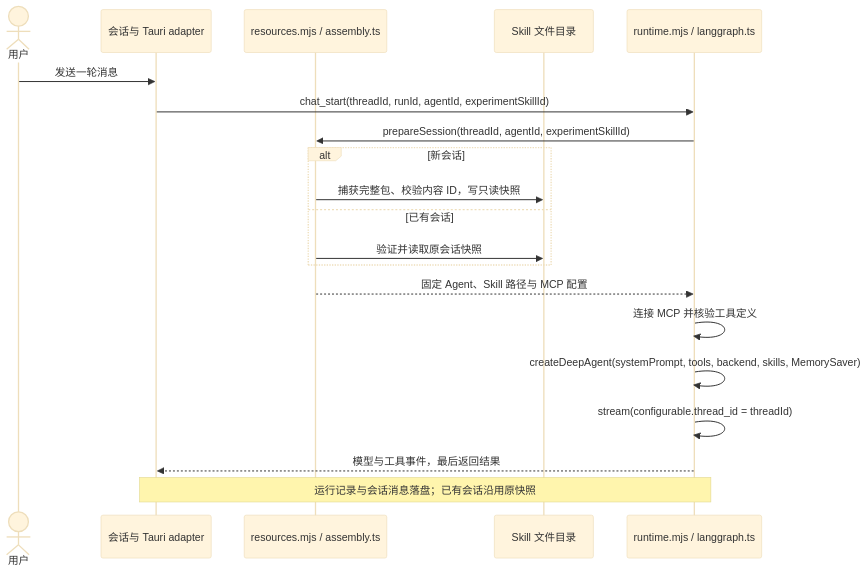
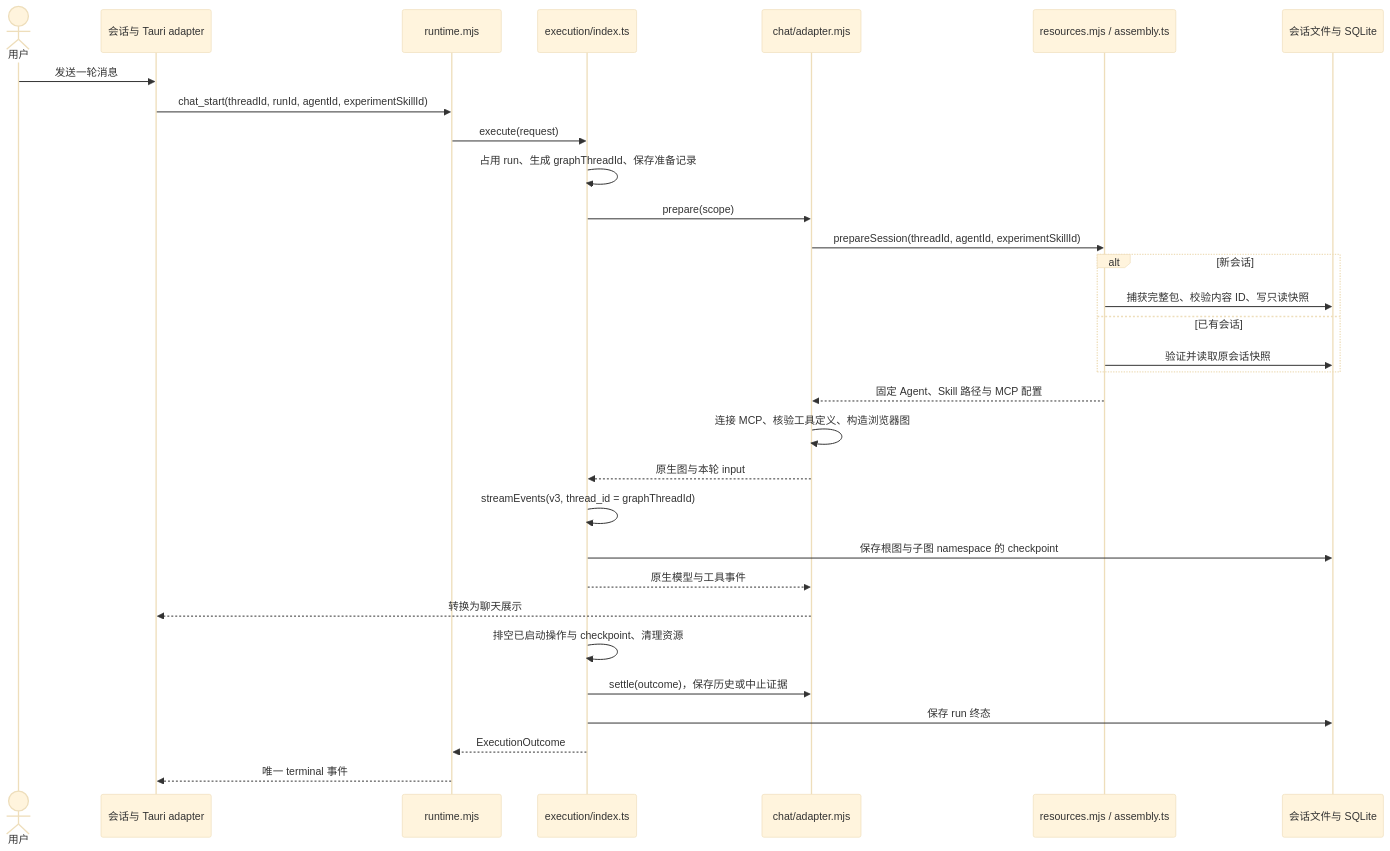
The second of 3 diagrams in docs/skill-storage-and-loading.md (time-gift24/omniops-bots), drawn with Mermaid (base theme) before and after one commit. The commit also changed other lines of this file and 10 other files, not shown here.

First line of the commit message:
Document desktop graph execution and SQLite persistence

````diff
--- a/docs/skill-storage-and-loading.md
+++ b/docs/skill-storage-and-loading.md
@@ -126,22 +126,33 @@
 ```mermaid
 sequenceDiagram
     actor U as 用户
     participant UI as 会话与 Tauri adapter
+    participant R as runtime.mjs
+    participant E as execution/index.ts
+    participant C as chat/adapter.mjs
     participant Res as resources.mjs / assembly.ts
-    participant Disk as Skill 文件目录
-    participant Run as runtime.mjs / langgraph.ts
+    participant Disk as 会话文件与 SQLite
     U->>UI: 发送一轮消息
-    UI->>Run: chat_start(threadId, runId, agentId, experimentSkillId)
-    Run->>Res: prepareSession(threadId, agentId, experimentSkillId)
+    UI->>R: chat_start(threadId, runId, agentId, experimentSkillId)
+    R->>E: execute(request)
+    E->>E: 占用 run、生成 graphThreadId、保存准备记录
+    E->>C: prepare(scope)
+    C->>Res: prepareSession(threadId, agentId, experimentSkillId)
     alt 新会话
-        Res->>Disk: 捕获完整包、校验内容 ID，写只读快照
+        Res->>Disk: 捕获完整包、校验内容 ID、写只读快照
     else 已有会话
         Res->>Disk: 验证并读取原会话快照
     end
-    Res-->>Run: 固定 Agent、Skill 路径与 MCP 配置
-    Run->>Run: 连接 MCP 并核验工具定义
-    Run->>Run: createDeepAgent(systemPrompt, tools, backend, skills, MemorySaver)
-    Run->>Run: stream(configurable.thread_id = threadId)
-    Run-->>UI: 模型与工具事件，最后返回结果
-    Note over UI,Run: 运行记录与会话消息落盘；已有会话沿用原快照
+    Res-->>C: 固定 Agent、Skill 路径与 MCP 配置
+    C->>C: 连接 MCP、核验工具定义、构造浏览器图
+    C-->>E: 原生图与本轮 input
+    E->>E: streamEvents(v3, thread_id = graphThreadId)
+    E->>Disk: 保存根图与子图 namespace 的 checkpoint
+    E-->>C: 原生模型与工具事件
+    C-->>UI: 转换为聊天展示
+    E->>E: 排空已启动操作与 checkpoint、清理资源
+    E->>C: settle(outcome)，保存历史或中止证据
+    E->>Disk: 保存 run 终态
+    E-->>R: ExecutionOutcome
+    R-->>UI: 唯一 terminal 事件
 ```
````
